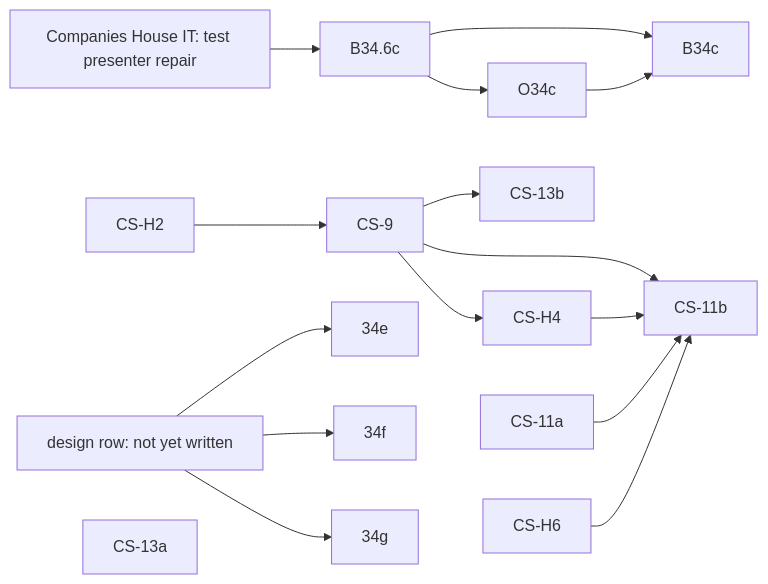
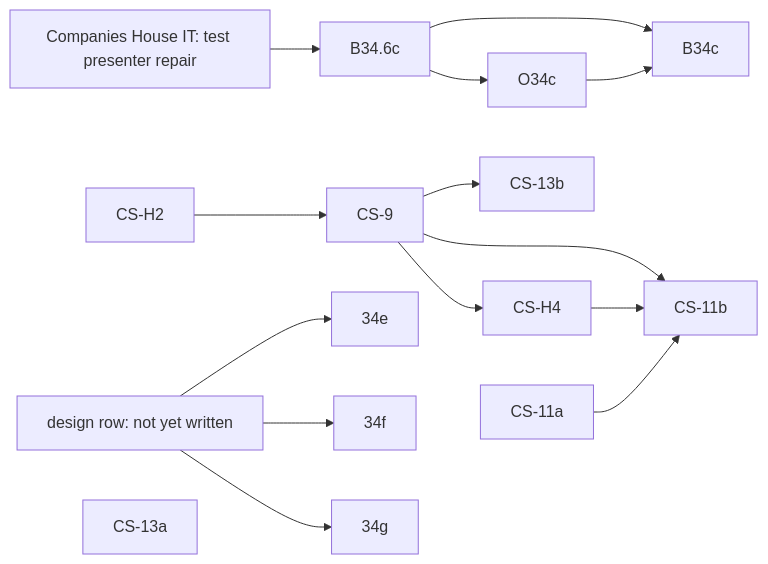
Before and after one commit to diy-accounting-uk/submit.diyaccounting.co.uk: the diagram in PLAN_COMPANIES_HOUSE.md, drawn with Mermaid. The commit also changed other lines of this file and 1 other file, not shown here.

````diff
--- a/PLAN_COMPANIES_HOUSE.md
+++ b/PLAN_COMPANIES_HOUSE.md
@@ -42,18 +42,17 @@
 ```mermaid
 flowchart LR
     CHIT[Companies House IT: test presenter repair] --> B346c[B34.6c]
     B346c --> O34c
     B346c --> B34c
     O34c --> B34c
     CSH2[CS-H2] --> CS9[CS-9]
     CS9 --> CSH4[CS-H4]
     CS9 --> CS13b[CS-13b]
     CS9 --> CS11b[CS-11b]
     CSH4 --> CS11b
     CS11a[CS-11a] --> CS11b
-    CSH6[CS-H6] --> CS11b
     Design[design row: not yet written] --> Row34e[34e]
     Design --> Row34f[34f]
     Design --> Row34g[34g]
     CS13a[CS-13a]
 ```
````
